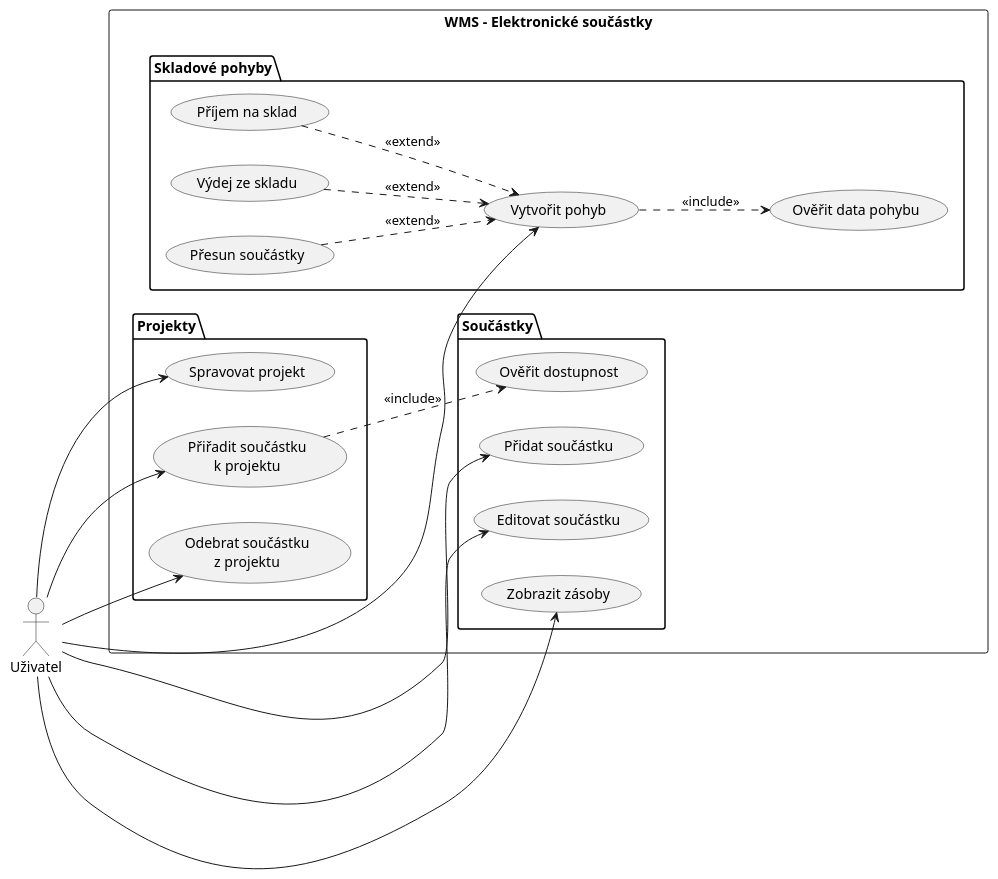
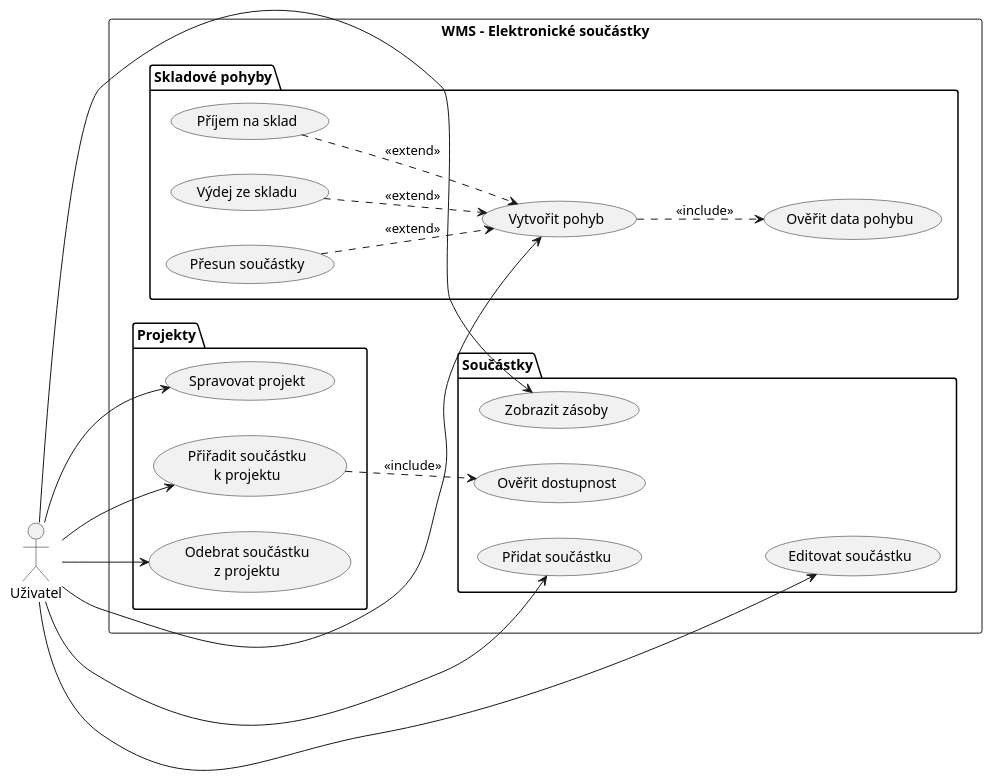
The diagram in diagrams/01_use_case.puml (lkvapil/wms-elektronicke-soucastky), drawn with PlantUML before and after one commit. The commit also changed 2 other files, not shown here.

Commit message:
docs: zbývající úpravy use case diagramu a pozadavky.tex

```diff
--- a/diagrams/01_use_case.puml
+++ b/diagrams/01_use_case.puml
@@ -1,48 +1,49 @@
 @startuml 01_use_case
 left to right direction
 
 actor "Uživatel" as Uzivatel
 
 rectangle "WMS – Elektronické součástky" {
 
   package "Skladové pohyby" {
     usecase "Vytvořit pohyb" as UC_POHYB
     usecase "Ověřit data pohybu" as UC_OVERIT
     usecase "Příjem na sklad" as UC_PRIJEM
     usecase "Výdej ze skladu" as UC_VYDEJ
     usecase "Přesun součástky" as UC_PRESUN
   }
 
   package "Součástky" {
     usecase "Přidat součástku" as UC_ADD
     usecase "Editovat součástku" as UC_EDIT
     usecase "Zobrazit zásoby" as UC_ZASOBY
     usecase "Ověřit dostupnost" as UC_DOSTUPNOST
+    UC_ADD -[hidden]down- UC_EDIT
   }
 
   package "Projekty" {
     usecase "Spravovat projekt" as UC_PROJEKT
     usecase "Přiřadit součástku\nk projektu" as UC_PRIRADIT
     usecase "Odebrat součástku\nz projektu" as UC_ODEBRAT
   }
 
 }
 
 Uzivatel --> UC_POHYB
 Uzivatel --> UC_ADD
 Uzivatel --> UC_EDIT
 Uzivatel --> UC_ZASOBY
 Uzivatel --> UC_PROJEKT
 Uzivatel --> UC_PRIRADIT
 Uzivatel --> UC_ODEBRAT
 
 ' include: od zahrnujiciho k zahrnutemu (povinne)
 UC_POHYB    ..> UC_OVERIT     : <<include>>
 UC_PRIRADIT ..> UC_DOSTUPNOST : <<include>>
 
 ' extend: od pridaneho k puvodnimu (specializace)
 UC_PRIJEM ..> UC_POHYB : <<extend>>
 UC_VYDEJ  ..> UC_POHYB : <<extend>>
 UC_PRESUN ..> UC_POHYB : <<extend>>
 
 @enduml
```
